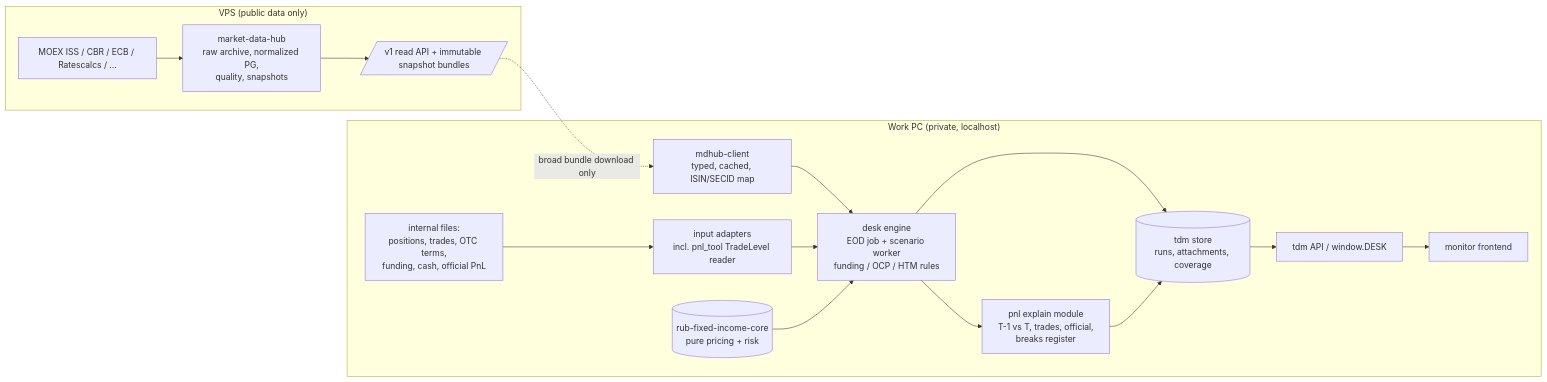
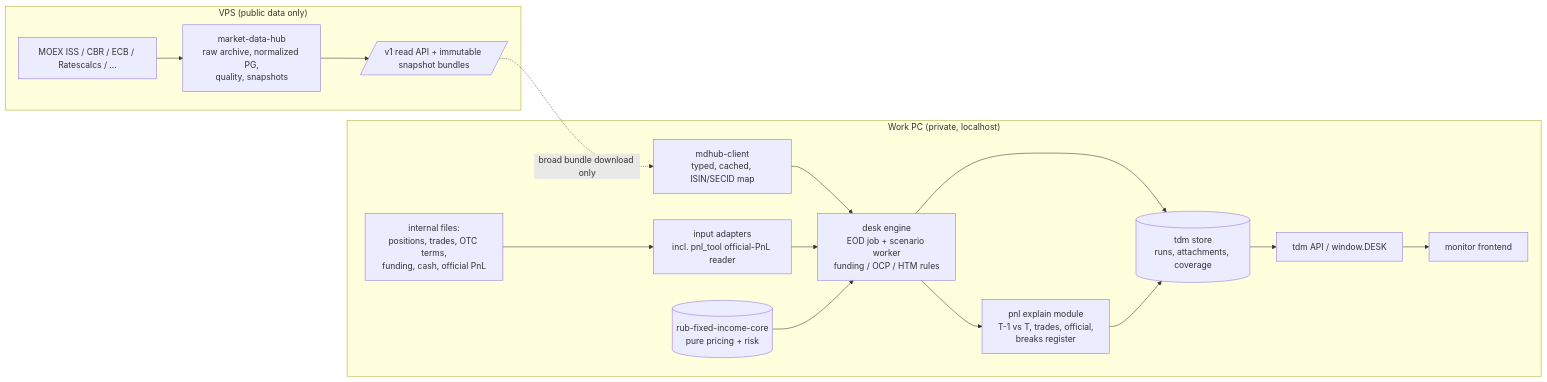
One commit to FlyingScotman/trading-desk-monitor changed the diagram in docs/architecture/reviews/2026-10-16_module_review.md. Above: the diagram before and after it, drawn with Mermaid. The commit also changed other lines of this file and 16 other files, not shown here.

First line of the commit message:
Docs, demo: neutral wording for official PnL source and funding defaults

````diff
--- a/docs/architecture/reviews/2026-10-16_module_review.md
+++ b/docs/architecture/reviews/2026-10-16_module_review.md
@@ -62,19 +62,19 @@
 ```mermaid
 flowchart LR
   subgraph VPS["VPS (public data only)"]
     SRC[MOEX ISS / CBR / ECB / Ratescalcs / ...] --> HUB[market-data-hub<br/>raw archive, normalized PG,<br/>quality, snapshots]
     HUB --> API[/v1 read API + immutable snapshot bundles/]
   end
   subgraph WORK["Work PC (private, localhost)"]
     CLI[mdhub-client<br/>typed, cached, ISIN/SECID map] --> ENG
     API -. broad bundle download only .-> CLI
-    FILES[internal files:<br/>positions, trades, OTC terms,<br/>funding, cash, official PnL] --> ADP[input adapters<br/>incl. pnl_tool TradeLevel reader]
+    FILES[internal files:<br/>positions, trades, OTC terms,<br/>funding, cash, official PnL] --> ADP[input adapters<br/>incl. pnl_tool official-PnL reader]
     ADP --> ENG[desk engine<br/>EOD job + scenario worker<br/>funding / OCP / HTM rules]
     CORE[(rub-fixed-income-core<br/>pure pricing + risk)] --> ENG
     ENG --> PNL[pnl explain module<br/>T-1 vs T, trades, official,<br/>breaks register]
     ENG --> TDM[(tdm store<br/>runs, attachments, coverage)]
     PNL --> TDM
     TDM --> BFF[tdm API / window.DESK]
     BFF --> UI[monitor frontend]
   end
 ```
````
